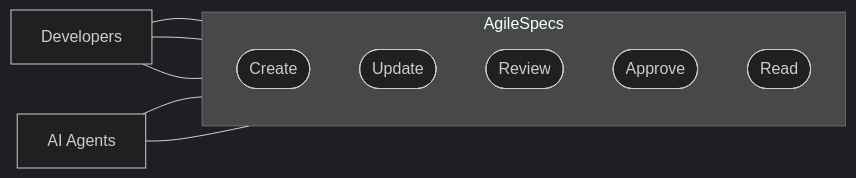
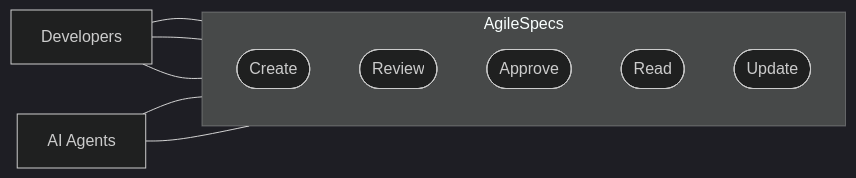
Before and after one commit to mtov/AgileSpec: the third of 11 diagrams in README.md, drawn with Mermaid (dark theme). The commit also changed other lines of this file, not shown here.

Commit message:
docs: refine specification diagrams and README formatting

````diff
--- a/README.md
+++ b/README.md
@@ -83,20 +83,19 @@
 ```mermaid
 flowchart LR
     A["AI Agents"]
     H["Developers"]
 
     subgraph S["AgileSpecs"]
         direction TB
         C(["Create"])
-        U(["Update"])
         R(["Review"])
         P(["Approve"])
         RR(["Read"])
+        U(["Update"])
     end
     H --- C
     H --- R
     H --- P
     A --- RR
     A --- U
-
 ```
````
